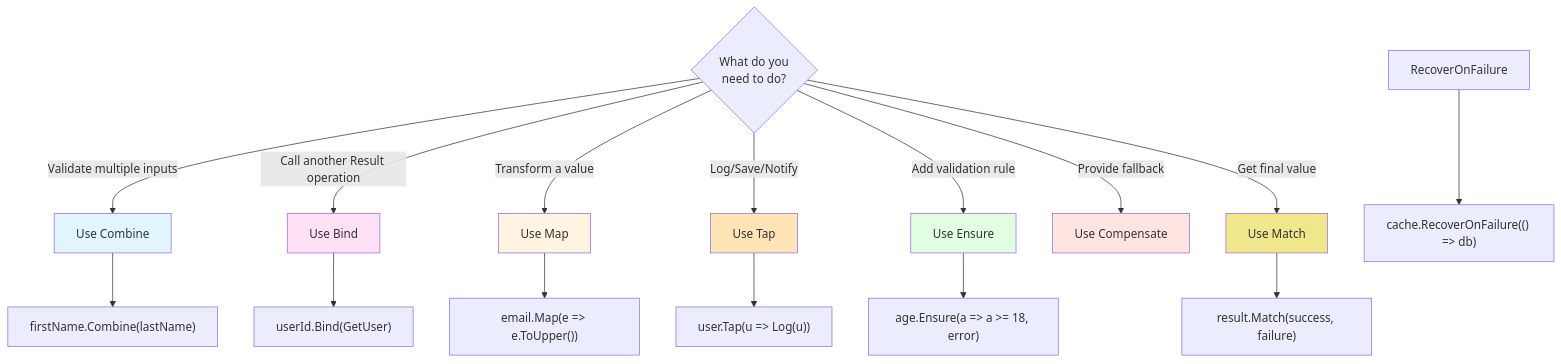
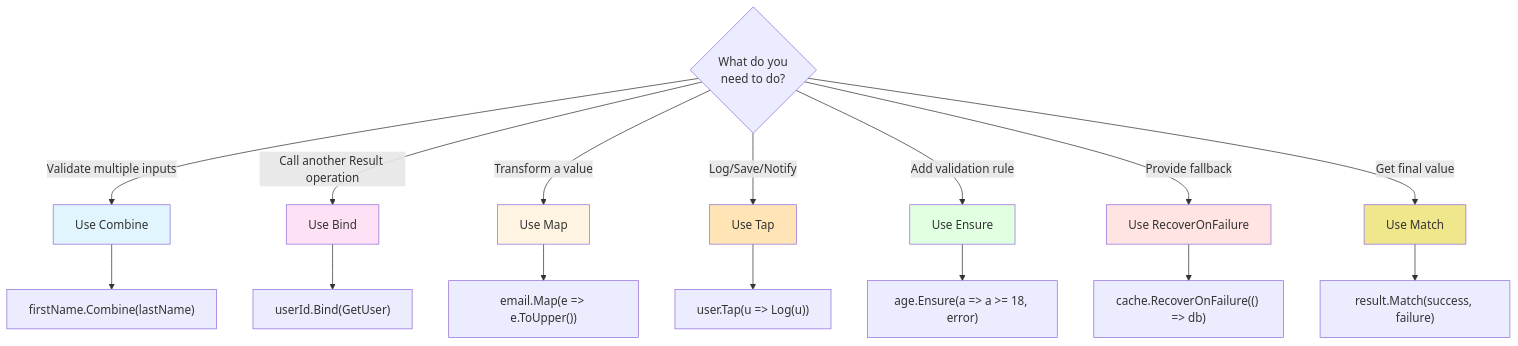
One commit to xavierjohn/FunctionalDDD changed the third of 3 diagrams in docs/docfx_project/articles/basics.md. Above: the diagram before and after it, drawn with Mermaid. The commit also changed other lines of this file and 18 other files, not shown here.

First line of the commit message:
Rename Compensate to RecoverOnFailure across codebase

````diff
--- a/docs/docfx_project/articles/basics.md
+++ b/docs/docfx_project/articles/basics.md
@@ -623,28 +623,28 @@
 ```mermaid
 flowchart TD
     START{What do you<br/>need to do?}
     
     START -->|Validate multiple inputs| COMBINE[Use Combine]
     START -->|Call another Result operation| BIND[Use Bind]
     START -->|Transform a value| MAP[Use Map]
     START -->|Log/Save/Notify| TAP[Use Tap]
     START -->|Add validation rule| ENSURE[Use Ensure]
-    START -->|Provide fallback| COMPENSATE[Use Compensate]
+    START -->|Provide fallback| RecoverOnFailure[Use RecoverOnFailure]
     START -->|Get final value| MATCH[Use Match]
     
     COMBINE --> CODE1["firstName.Combine(lastName)"]
     BIND --> CODE2["userId.Bind(GetUser)"]
     MAP --> CODE3["email.Map(e => e.ToUpper())"]
     TAP --> CODE4["user.Tap(u => Log(u))"]
     ENSURE --> CODE5["age.Ensure(a => a >= 18, error)"]
     RecoverOnFailure --> CODE6["cache.RecoverOnFailure(() => db)"]
     MATCH --> CODE7["result.Match(success, failure)"]
     
     style COMBINE fill:#E1F5FF
     style BIND fill:#FFE1F5
     style MAP fill:#FFF4E1
     style TAP fill:#FFE4B5
     style ENSURE fill:#E1FFE1
-    style COMPENSATE fill:#FFE4E1
+    style RecoverOnFailure fill:#FFE4E1
     style MATCH fill:#F0E68C
 ```
````
